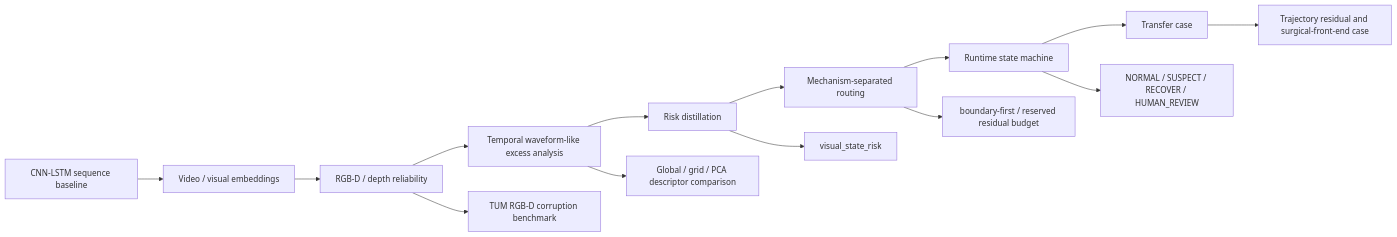
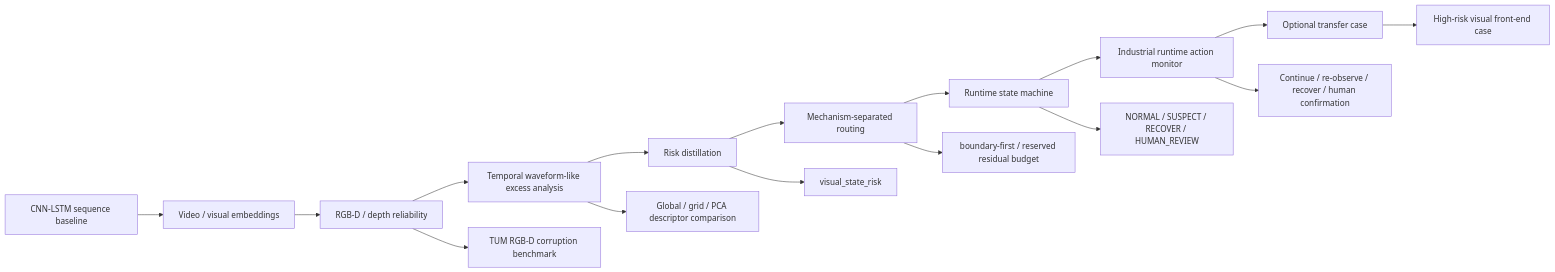
Before and after one commit to Tengyu-w/reliability-aware-robot-perception: the first of 3 diagrams in docs/project_overview.md, drawn with Mermaid. The commit also changed other lines of this file and 3 other files, not shown here.

Commit message:
Refocus project on industrial action monitoring

````diff
--- a/docs/project_overview.md
+++ b/docs/project_overview.md
@@ -23,17 +24,19 @@
 ```mermaid
 flowchart LR
     A["CNN-LSTM sequence baseline"] --> B["Video / visual embeddings"]
     B --> C["RGB-D / depth reliability"]
     C --> D["Temporal waveform-like excess analysis"]
     D --> E["Risk distillation"]
     E --> F["Mechanism-separated routing"]
     F --> H["Runtime state machine"]
-    H --> G["Transfer case"]
+    H --> G["Industrial runtime action monitor"]
+    G --> I["Optional transfer case"]
 
     C --> C1["TUM RGB-D corruption benchmark"]
     D --> D1["Global / grid / PCA descriptor comparison"]
     E --> E1["visual_state_risk"]
     F --> F1["boundary-first / reserved residual budget"]
     H --> H1["NORMAL / SUSPECT / RECOVER / HUMAN_REVIEW"]
-    G --> G1["Trajectory residual and surgical-front-end case"]
+    G --> G1["Continue / re-observe / recover / human confirmation"]
+    I --> I1["High-risk visual front-end case"]
 ```
````
